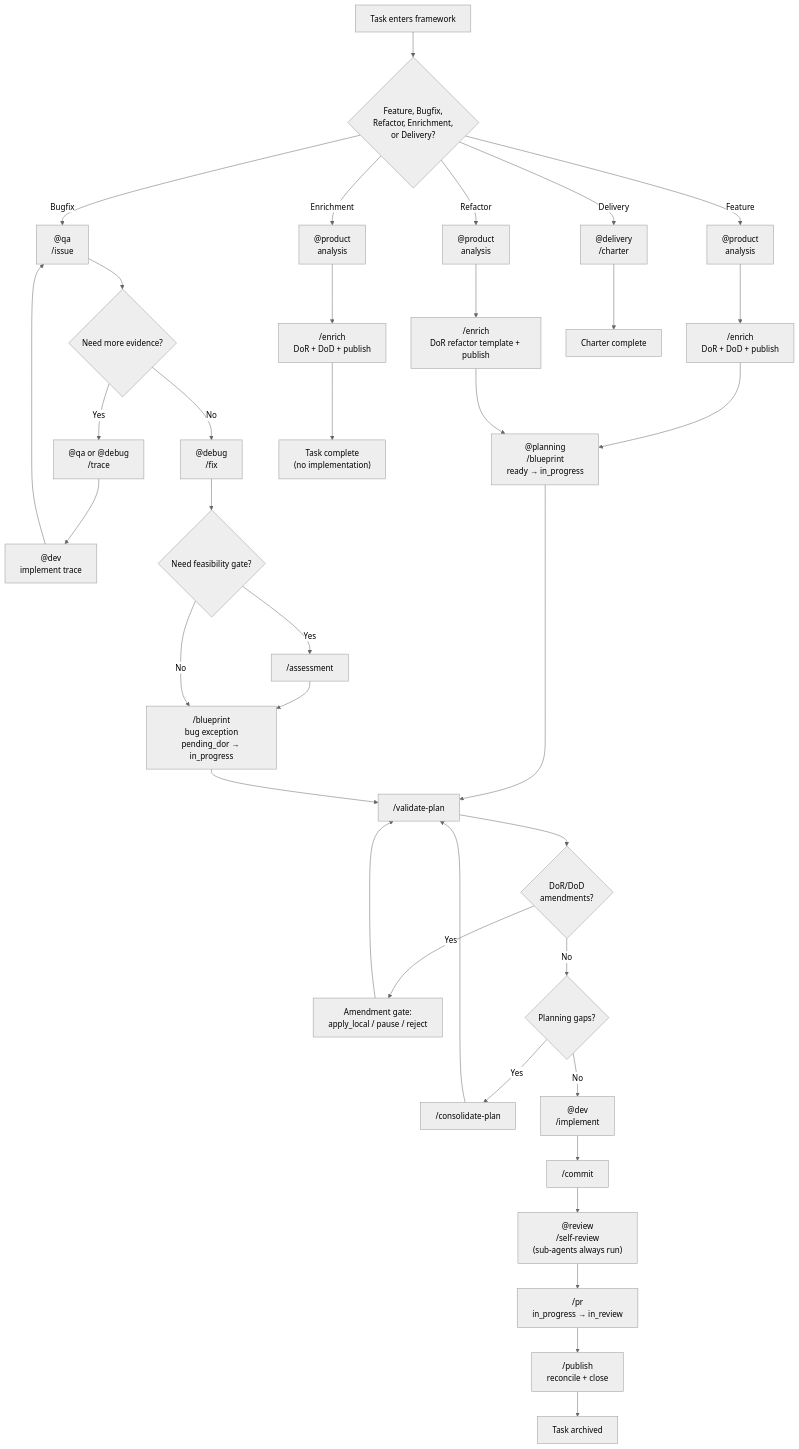
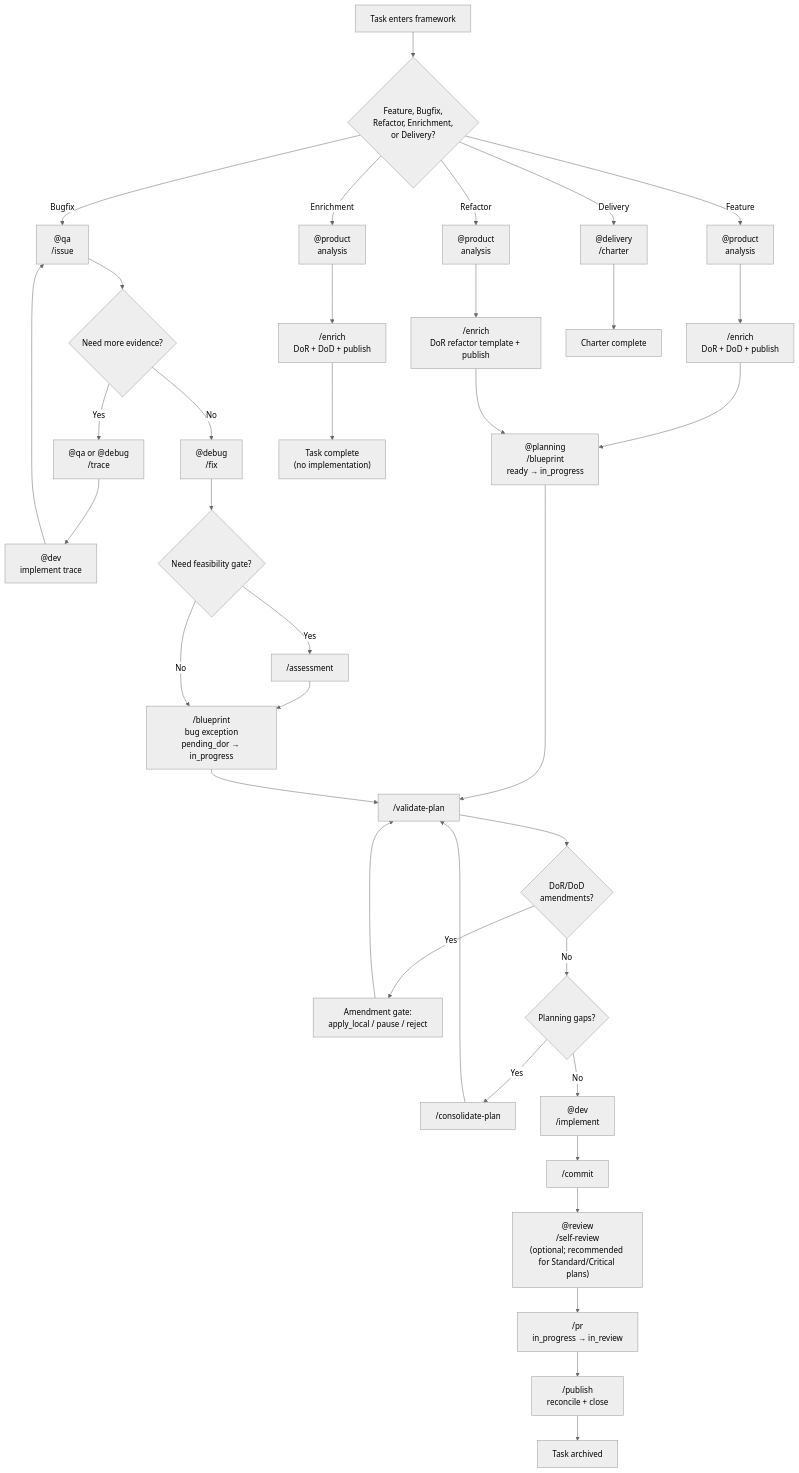
The diagram in docs/WORKFLOWS.md (reeceGuerra/aias), drawn with Mermaid (neutral theme) before and after one commit. The commit also changed other lines of this file and 25 other files, not shown here.

````diff
--- a/docs/WORKFLOWS.md
+++ b/docs/WORKFLOWS.md
@@ -53,45 +53,45 @@
 ```mermaid
 flowchart TD
     Start["Task enters framework"]
 
     Start --> Entry{"Feature, Bugfix,<br/>Refactor, Enrichment,<br/>or Delivery?"}
 
     Entry -->|Feature| Product["@product<br/>analysis"]
     Product --> Enrich["/enrich<br/>DoR + DoD + publish"]
     Enrich --> Planning["@planning<br/>/blueprint<br/>ready → in_progress"]
     Planning --> Validate["/validate-plan"]
     Validate --> Amendments{"DoR/DoD<br/>amendments?"}
     Amendments -->|Yes| AmendGate["Amendment gate:<br/>apply_local / pause / reject"]
     AmendGate --> Validate
     Amendments -->|No| Gaps{"Planning gaps?"}
     Gaps -->|Yes| Consolidate["/consolidate-plan"] --> Validate
     Gaps -->|No| Dev["@dev<br/>/implement"]
     Dev --> Commit["/commit"]
-    Commit --> SelfReview["@review<br/>/self-review<br/>(sub-agents always run)"]
+    Commit --> SelfReview["@review<br/>/self-review<br/>(optional; recommended for Standard/Critical plans)"]
     SelfReview --> PR["/pr<br/>in_progress → in_review"]
     PR --> Publish["/publish<br/>reconcile + close"]
     Publish --> Done["Task archived"]
 
     Entry -->|Bugfix| QA["@qa<br/>/issue"]
     QA --> Trace{"Need more evidence?"}
     Trace -->|Yes| TracePlan["@qa or @debug<br/>/trace"]
     TracePlan --> TraceImpl["@dev<br/>implement trace"]
     TraceImpl --> QA
     Trace -->|No| Debug["@debug<br/>/fix"]
     Debug --> Assessment{"Need feasibility gate?"}
     Assessment -->|Yes| Feasibility["/assessment"]
     Feasibility --> BugBlueprint["/blueprint<br/>bug exception<br/>pending_dor → in_progress"]
     Assessment -->|No| BugBlueprint
     BugBlueprint --> Validate
 
     Entry -->|Refactor| RefProduct["@product<br/>analysis"]
     RefProduct --> RefEnrich["/enrich<br/>DoR refactor template + publish"]
     RefEnrich --> Planning
 
     Entry -->|Enrichment| EnrichProduct["@product<br/>analysis"]
     EnrichProduct --> EnrichOnly["/enrich<br/>DoR + DoD + publish"]
     EnrichOnly --> EnrichDone["Task complete<br/>(no implementation)"]
 
     Entry -->|Delivery| DeliveryMode["@delivery<br/>/charter"]
     DeliveryMode --> DeliveryDone["Charter complete"]
 ```
````
